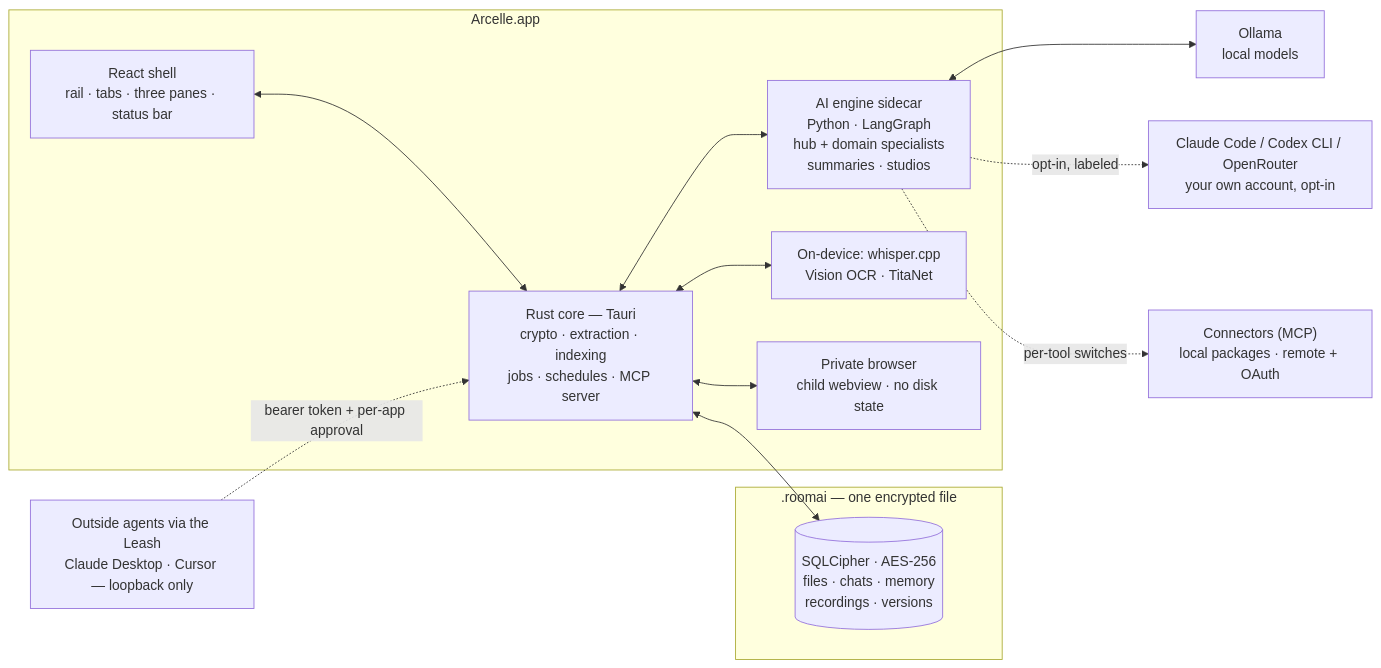
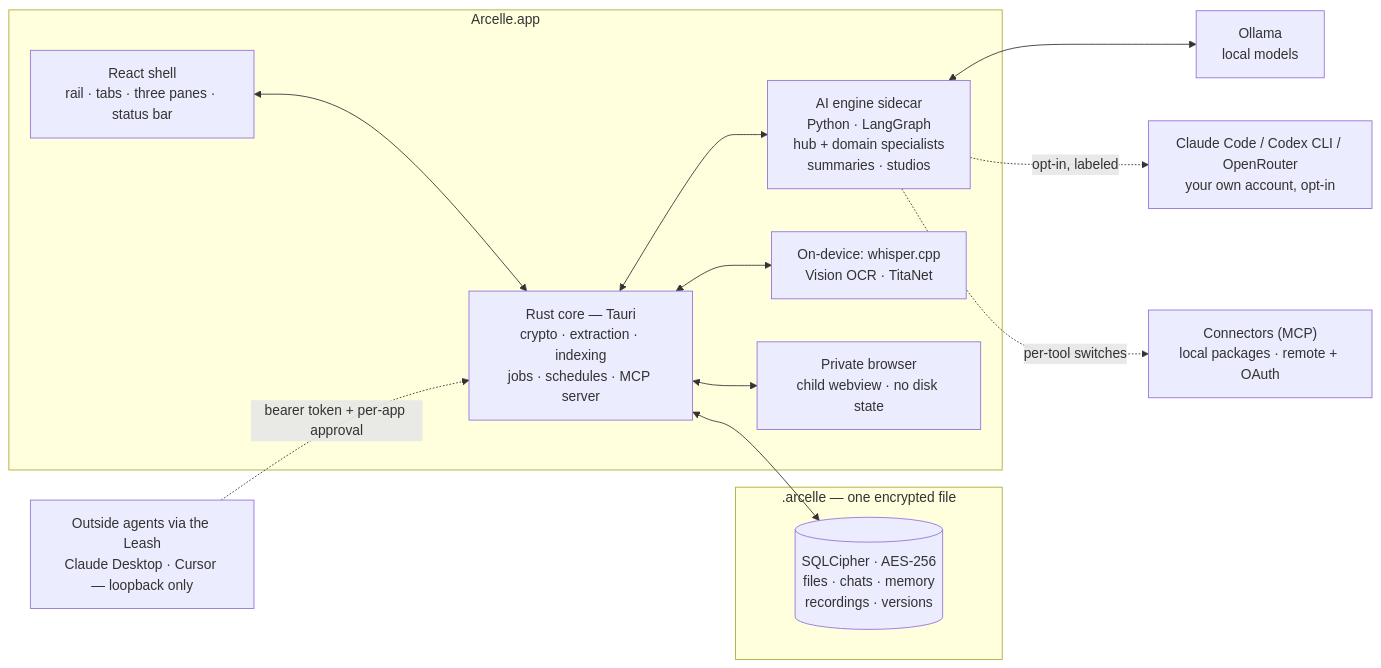
Before and after one commit to benrben/private-room: the diagram in README.md, drawn with Mermaid. The commit also changed other lines of this file and 381 other files, not shown here.

````diff
--- a/README.md
+++ b/README.md
@@ -628,27 +642,27 @@
 ```mermaid
 flowchart LR
-    subgraph file [".roomai — one encrypted file"]
+    subgraph file [".arcelle — one encrypted file"]
         DB[("SQLCipher · AES-256<br/>files · chats · memory<br/>recordings · versions")]
     end
     subgraph app ["Arcelle.app"]
         UI["React shell<br/>rail · tabs · three panes · status bar"]
         CORE["Rust core — Tauri<br/>crypto · extraction · indexing<br/>jobs · schedules · MCP server"]
         AI["AI engine sidecar<br/>Python · LangGraph<br/>hub + domain specialists<br/>summaries · studios"]
         LOCAL["On-device: whisper.cpp<br/>Vision OCR · TitaNet"]
         WEB["Private browser<br/>child webview · no disk state"]
     end
     OLLAMA["Ollama<br/>local models"]
     CLIS["Claude Code / Codex CLI / OpenRouter<br/>your own account, opt-in"]
     MCP["Connectors (MCP)<br/>local packages · remote + OAuth"]
     AGENTS["Outside agents via the Leash<br/>Claude Desktop · Cursor — loopback only"]
 
     UI <--> CORE
     CORE <--> DB
     CORE <--> AI
     CORE <--> LOCAL
     CORE <--> WEB
     AI <--> OLLAMA
     AI -. "opt-in, labeled" .-> CLIS
     AI -. "per-tool switches" .-> MCP
     AGENTS -. "bearer token + per-app approval" .-> CORE
 ```
````
